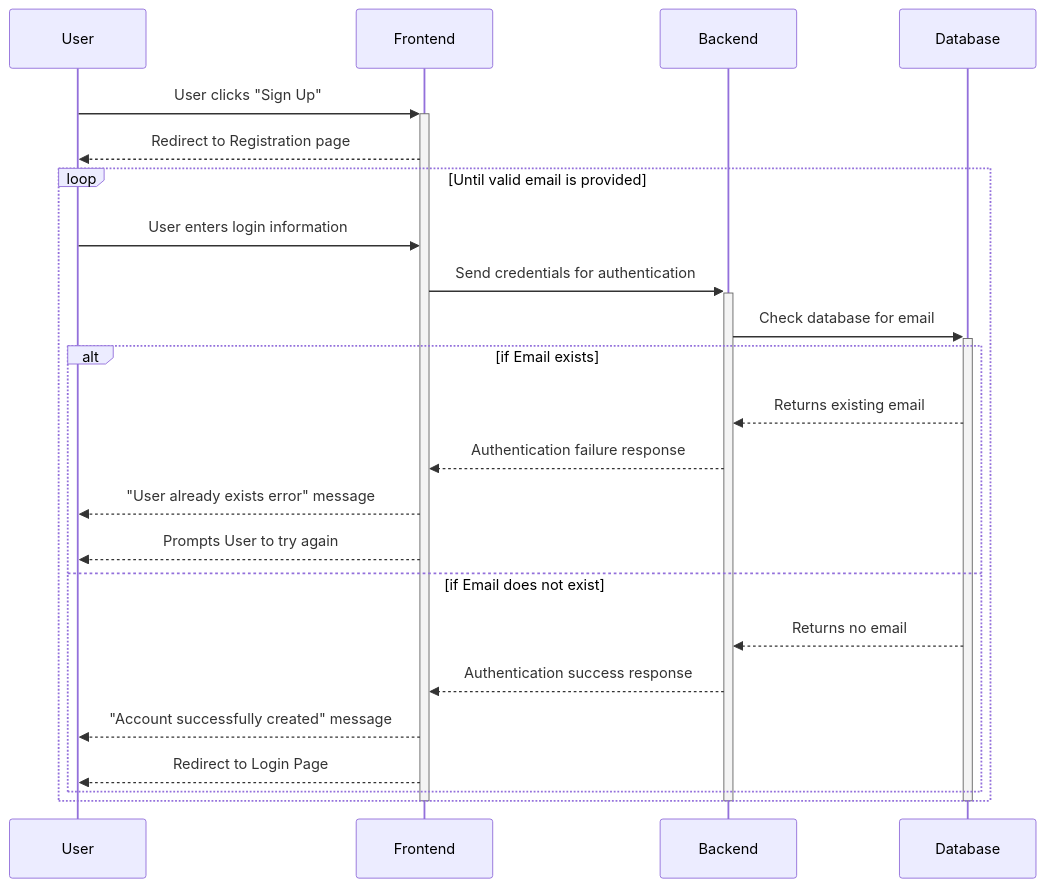
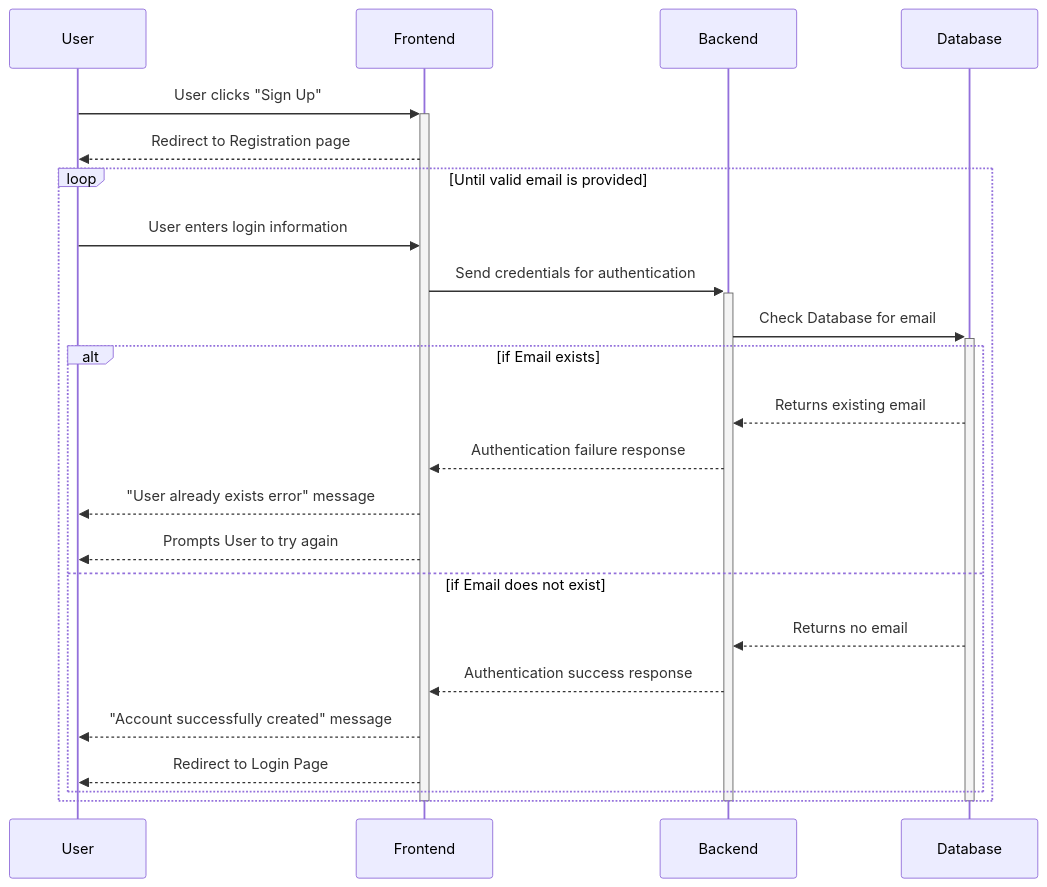
The first of 7 diagrams in documentation/docs/system-architecture/sequence-diagrams.md (Capstone-Projects-2025-Spring/project-003-story-builder-team-1), drawn with Mermaid before and after one commit. The commit also changed other lines of this file, not shown here.

Commit message:
Replaced initial writing process sequence diagram with agent generation sequence diagram

````diff
--- a/documentation/docs/system-architecture/sequence-diagrams.md
+++ b/documentation/docs/system-architecture/sequence-diagrams.md
@@ -27,28 +8,28 @@
 ```mermaid
 sequenceDiagram
     participant User
     participant Frontend
     participant Backend
     participant Database
     User->>+Frontend: User clicks "Sign Up"
     Frontend-->>User: Redirect to Registration page
     loop Until valid email is provided
         User->>Frontend: User enters login information
         Frontend->>+Backend: Send credentials for authentication
-        Backend->>+Database: Check database for email
+        Backend->>+Database: Check Database for email
         alt if Email exists
             Database-->>Backend: Returns existing email
             Backend-->>Frontend: Authentication failure response
             Frontend-->>User: "User already exists error" message
             Frontend-->>User: Prompts User to try again
         else if Email does not exist
             Database-->>Backend: Returns no email
             Backend-->>Frontend: Authentication success response
             Frontend-->>User: "Account successfully created" message
             Frontend-->>User: Redirect to Login Page
         end
     end
     deactivate Database
     deactivate Backend
     deactivate Frontend
 ```
````
